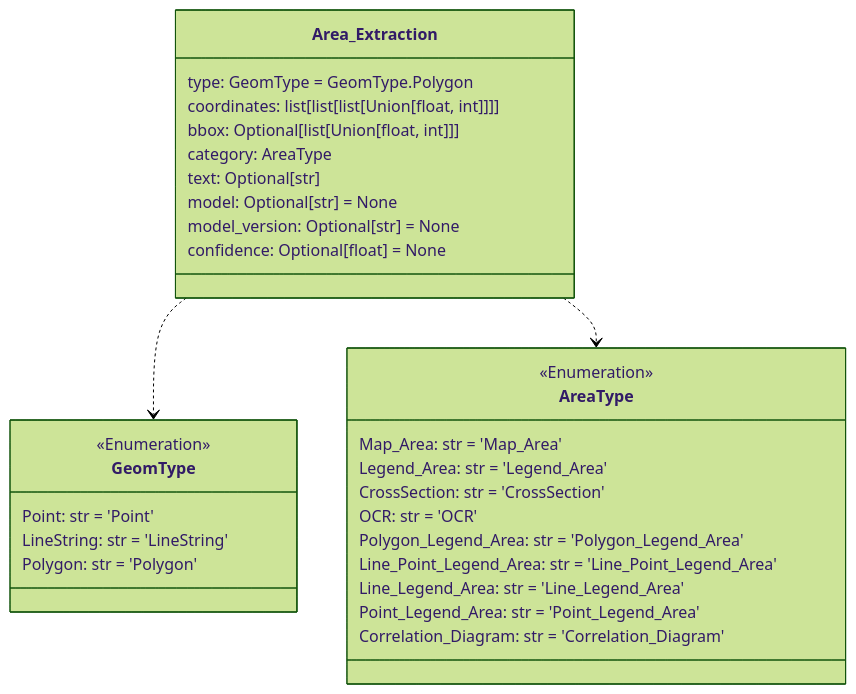
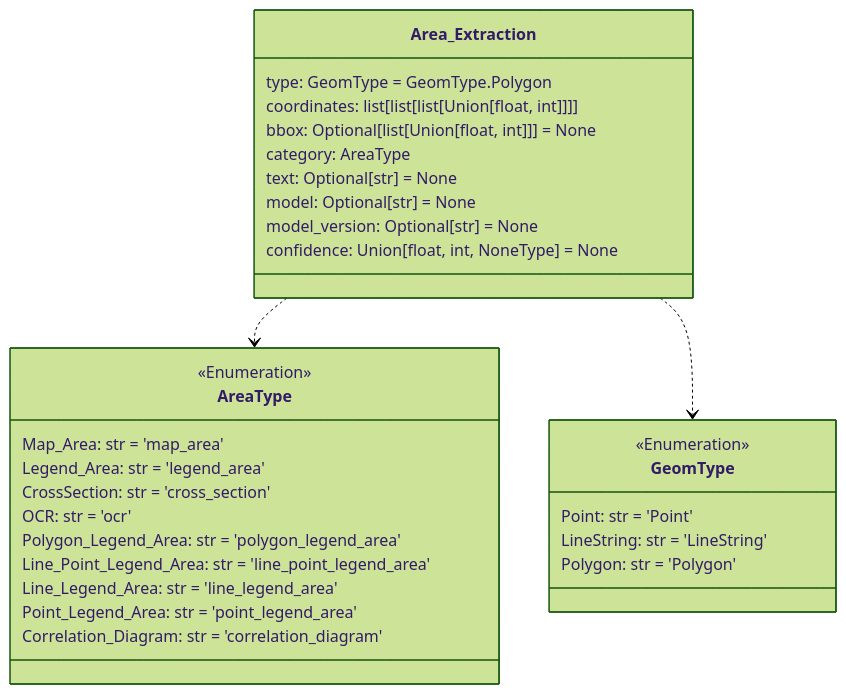
Before and after one commit to DARPA-CRITICALMAAS/cdr_schemas: the first of 12 diagrams in README.md, drawn with Mermaid (forest theme). The commit also changed other lines of this file and 15 other files, not shown here.

````diff
--- a/README.md
+++ b/README.md
@@ -66,39 +66,39 @@
 ```mermaid
 classDiagram
 
     class Area_Extraction {
         type: GeomType = GeomType.Polygon
         coordinates: list[list[list[Union[float, int]]]]
-        bbox: Optional[list[Union[float, int]]]
+        bbox: Optional[list[Union[float, int]]] = None
         category: AreaType
-        text: Optional[str]
+        text: Optional[str] = None
         model: Optional[str] = None
         model_version: Optional[str] = None
-        confidence: Optional[float] = None
+        confidence: Union[float, int, NoneType] = None
+    }
+
+    class AreaType {
+        <<Enumeration>>
+        Map_Area: str = 'map_area'
+        Legend_Area: str = 'legend_area'
+        CrossSection: str = 'cross_section'
+        OCR: str = 'ocr'
+        Polygon_Legend_Area: str = 'polygon_legend_area'
+        Line_Point_Legend_Area: str = 'line_point_legend_area'
+        Line_Legend_Area: str = 'line_legend_area'
+        Point_Legend_Area: str = 'point_legend_area'
+        Correlation_Diagram: str = 'correlation_diagram'
     }
 
     class GeomType {
         <<Enumeration>>
         Point: str = 'Point'
         LineString: str = 'LineString'
         Polygon: str = 'Polygon'
     }
 
-    class AreaType {
-        <<Enumeration>>
-        Map_Area: str = 'Map_Area'
-        Legend_Area: str = 'Legend_Area'
-        CrossSection: str = 'CrossSection'
-        OCR: str = 'OCR'
-        Polygon_Legend_Area: str = 'Polygon_Legend_Area'
-        Line_Point_Legend_Area: str = 'Line_Point_Legend_Area'
-        Line_Legend_Area: str = 'Line_Legend_Area'
-        Point_Legend_Area: str = 'Point_Legend_Area'
-        Correlation_Diagram: str = 'Correlation_Diagram'
-    }
-
+    Area_Extraction ..> AreaType
     Area_Extraction ..> GeomType
-    Area_Extraction ..> AreaType
 
 
 ```
````
